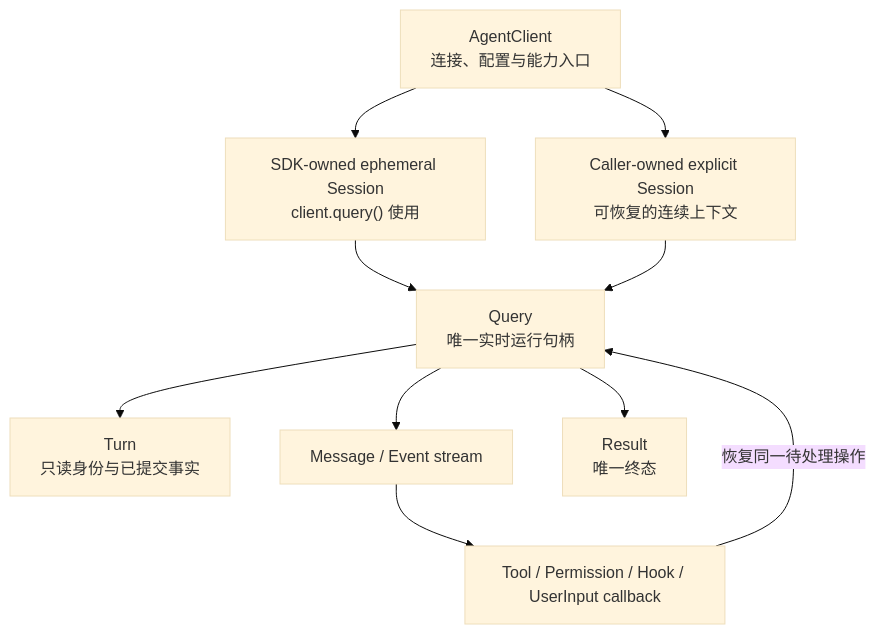
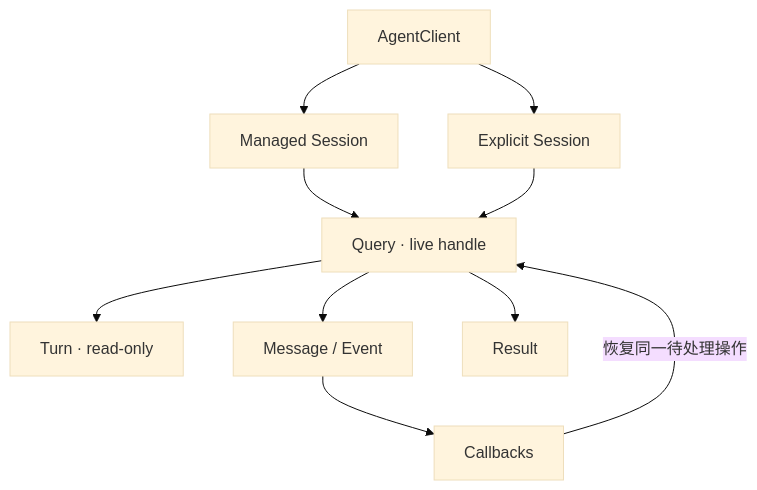
Before and after one commit to 1688mengdie/BitFun: the third of 12 diagrams in docs/architecture/agent-sdk-product-architecture.md, drawn with Mermaid (base theme). The commit also changed other lines of this file and 61 other files, not shown here.

````diff
--- a/docs/architecture/agent-sdk-product-architecture.md
+++ b/docs/architecture/agent-sdk-product-architecture.md
@@ -133,21 +135,21 @@
 ```mermaid
 flowchart TB
-  Client["AgentClient\n连接、配置与能力入口"]
-  Ephemeral["SDK-owned ephemeral Session\nclient.query() 使用"]
-  Session["Caller-owned explicit Session\n可恢复的连续上下文"]
-  Query["Query\n唯一实时运行句柄"]
-  Turn["Turn\n只读身份与已提交事实"]
-  Stream["Message / Event stream"]
-  Result["Result\n唯一终态"]
-  Callback["Tool / Permission / Hook / UserInput callback"]
+  Client["AgentClient"]
+  Ephemeral["Managed Session"]
+  Session["Explicit Session"]
+  Query["Query · live handle"]
+  Turn["Turn · read-only"]
+  Stream["Message / Event"]
+  Result["Result"]
+  Callback["Callbacks"]
 
   Client --> Ephemeral
   Client --> Session
   Ephemeral --> Query
   Session --> Query
   Query --> Turn
   Query --> Stream
   Query --> Result
   Stream --> Callback
   Callback -->|"恢复同一待处理操作"| Query
 ```
````
